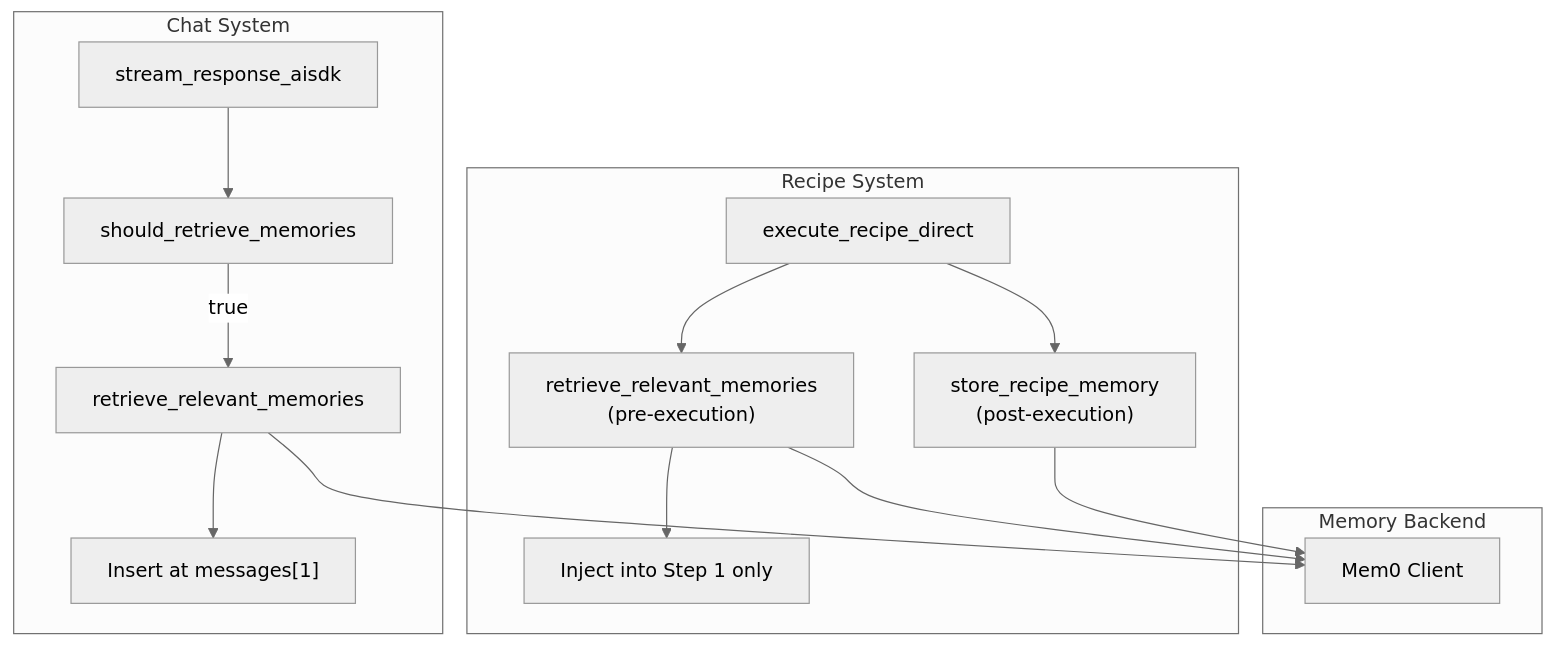
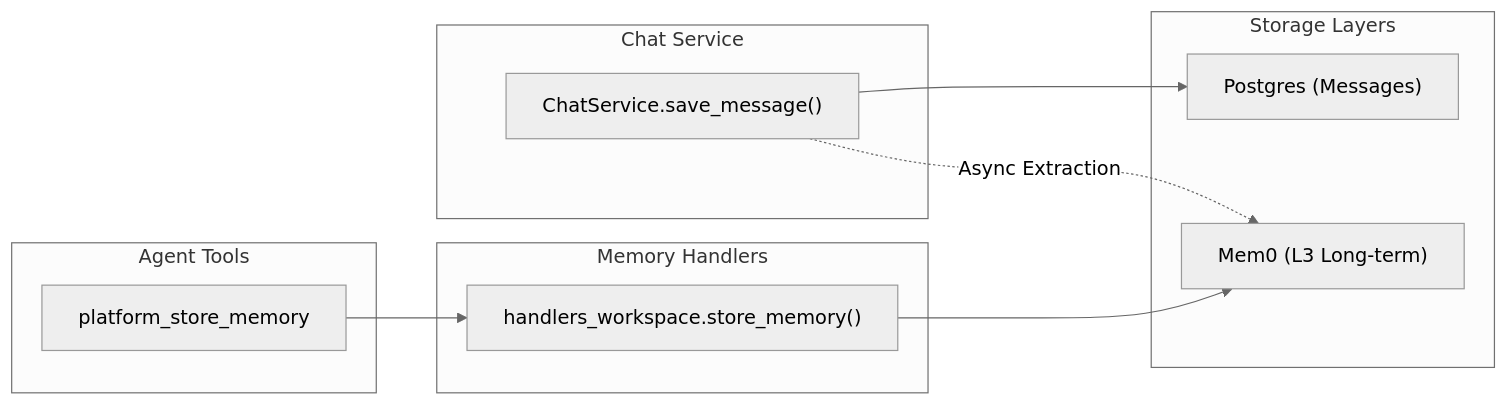
The second of 2 diagrams in docs/chat-interface/memory-integration.md (AutomatosAI/automatos-ai), drawn with Mermaid (neutral theme) before and after one commit. The commit also changed other lines of this file and 149 other files, not shown here.

Commit message:
docs: refresh documentation with graphify semantic scan

````diff
--- a/docs/chat-interface/memory-integration.md
+++ b/docs/chat-interface/memory-integration.md
@@ -330,32 +133,24 @@
 ```mermaid
-graph TB
-    subgraph "Chat System"
-        ChatEntry["stream_response_aisdk"]
-        ChatGate["should_retrieve_memories"]
-        ChatRetrieve["retrieve_relevant_memories"]
-        ChatInject["Insert at messages[1]"]
-        
-        ChatEntry --> ChatGate
-        ChatGate -->|"true"| ChatRetrieve
-        ChatRetrieve --> ChatInject
+graph LR
+    subgraph "Agent Tools"
+        StoreTool["platform_store_memory"]
     end
     
-    subgraph "Recipe System"
-        RecipeEntry["execute_recipe_direct"]
-        RecipeRetrieve["retrieve_relevant_memories<br/>(pre-execution)"]
-        RecipeInject["Inject into Step 1 only"]
-        RecipeStore["store_recipe_memory<br/>(post-execution)"]
-        
-        RecipeEntry --> RecipeRetrieve
-        RecipeRetrieve --> RecipeInject
-        RecipeEntry --> RecipeStore
+    subgraph "Chat Service"
+        SaveMsg["ChatService.save_message()"]
     end
     
-    subgraph "Memory Backend"
-        Mem0["Mem0 Client"]
+    subgraph "Memory Handlers"
+        Handler["handlers_workspace.store_memory()"]
     end
     
-    ChatRetrieve --> Mem0
-    RecipeRetrieve --> Mem0
-    RecipeStore --> Mem0
+    subgraph "Storage Layers"
+        Postgres["Postgres (Messages)"]
+        Mem0["Mem0 (L3 Long-term)"]
+    end
+    
+    SaveMsg --> Postgres
+    StoreTool --> Handler
+    Handler --> Mem0
+    SaveMsg -.->|Async Extraction| Mem0
 ```
````
